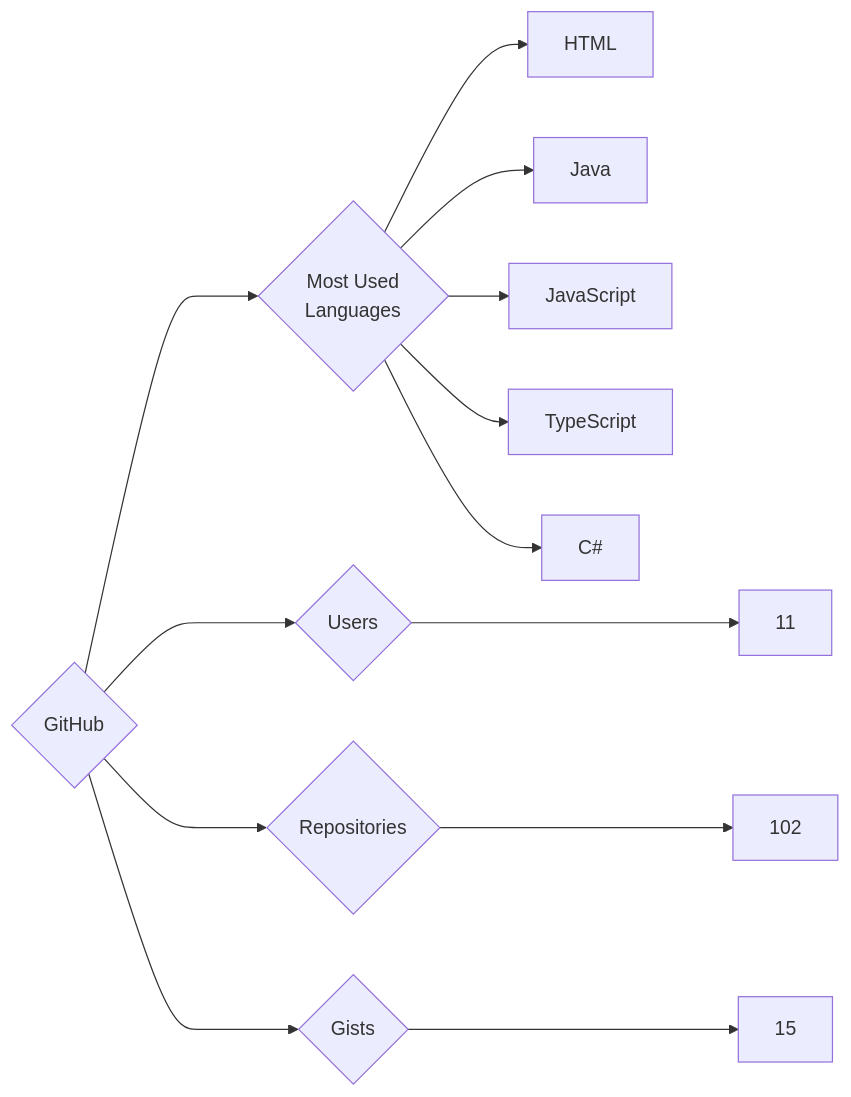
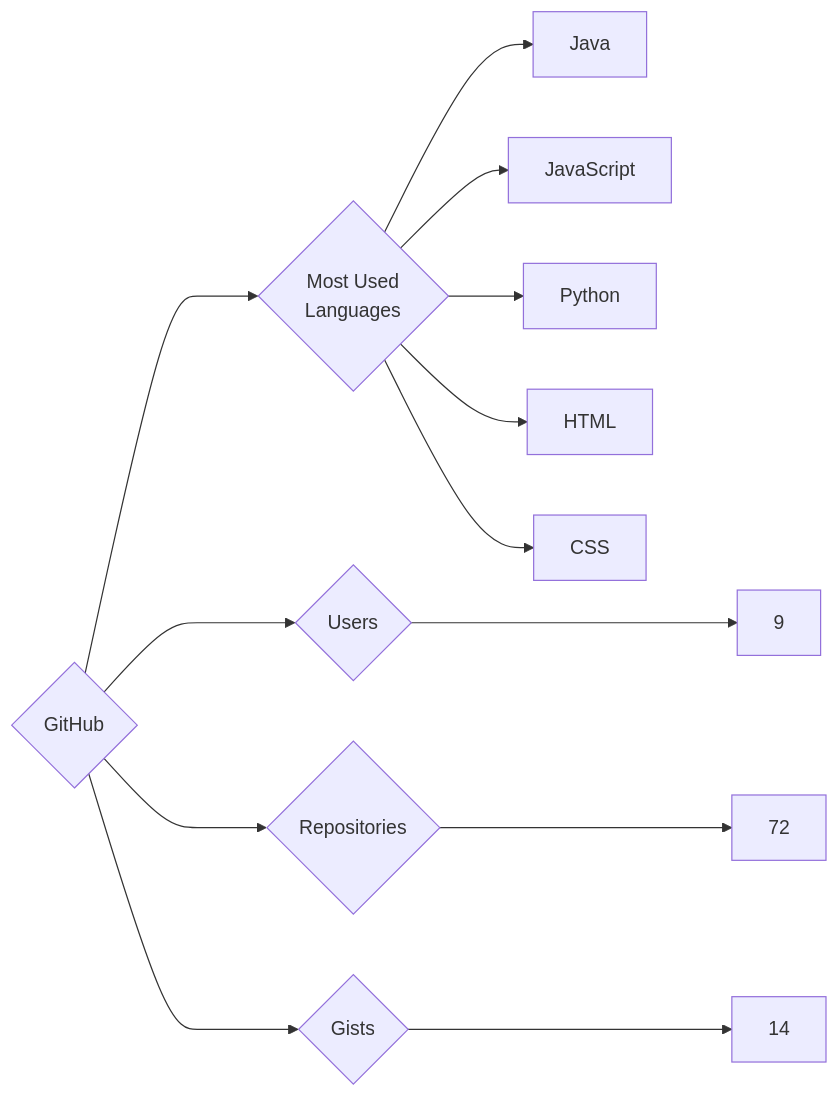
The diagram in targets/GitHub/README.md (trickest/insiders), drawn with Mermaid before and after one commit. The commit also changed 611 other files, not shown here.

````diff
--- a/targets/GitHub/README.md
+++ b/targets/GitHub/README.md
@@ -3,13 +3,13 @@
 ```mermaid
 graph LR
 COMPANY_NAME{GitHub}
-COMPANY_NAME ---> U{Users} ---> UN[11]
-COMPANY_NAME ---> R{Repositories} ---> RN[102]
-COMPANY_NAME ---> G{Gists} ---> GN[15]
+COMPANY_NAME ---> U{Users} ---> UN[9]
+COMPANY_NAME ---> R{Repositories} ---> RN[72]
+COMPANY_NAME ---> G{Gists} ---> GN[14]
 COMPANY_NAME ---> ML{Most Used<br>Languages}
-ML --> HTML[HTML]
 ML --> Java[Java]
 ML --> JavaScript[JavaScript]
-ML --> TypeScript[TypeScript]
-ML --> C#[C#]
+ML --> Python[Python]
+ML --> HTML[HTML]
+ML --> CSS[CSS]
 ```
````
